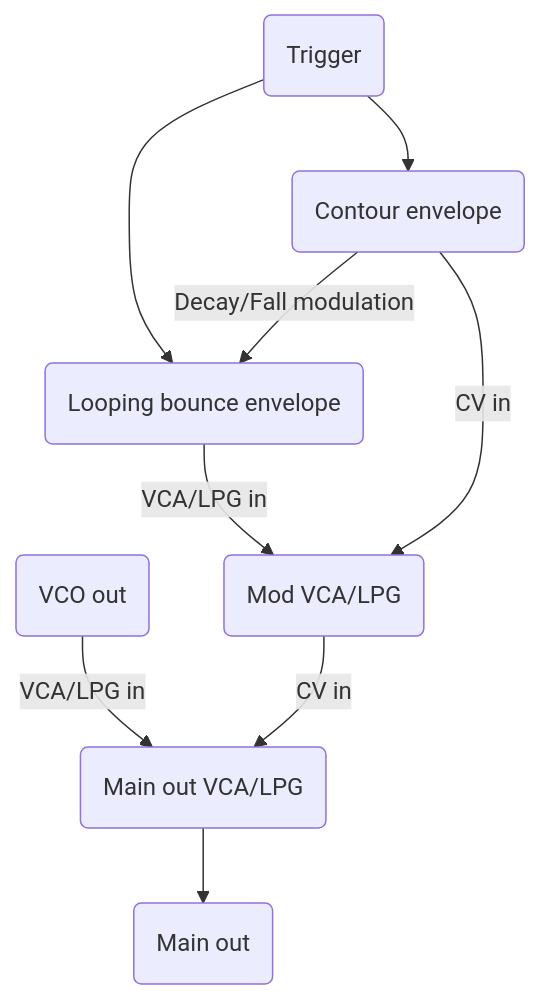
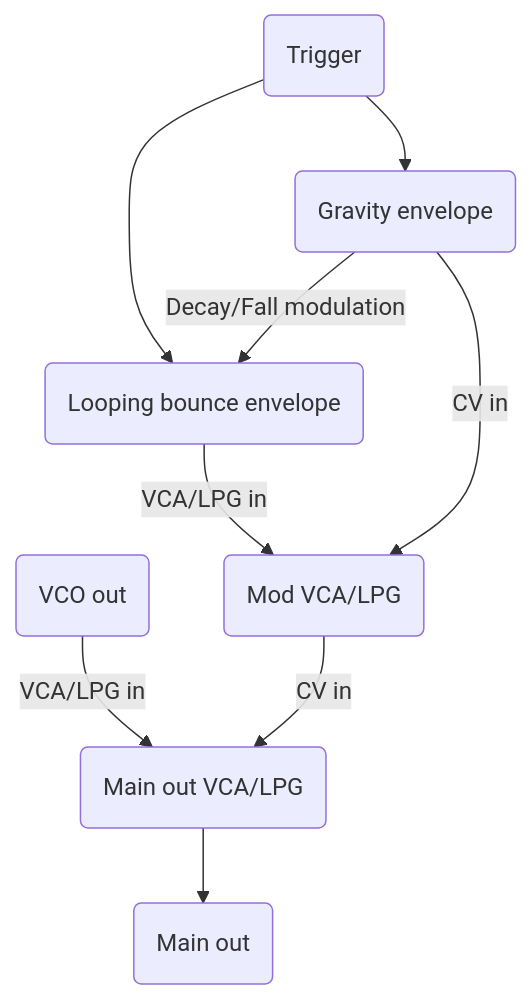
The diagram in _posts/2017-2-13-buscephalus.md (aidanreilly/man_synth), drawn with Mermaid before and after one commit. The commit also changed other lines of this file, not shown here.

```diff
--- a/_posts/2017-2-13-buscephalus.md
+++ b/_posts/2017-2-13-buscephalus.md
@@ -16,11 +16,11 @@
 <div class="mermaid">
  graph TB
 F(Trigger)-->C(Looping bounce envelope)
 G(VCO out)-->|VCA/LPG in|D(Main out VCA)
-F(Trigger)-->A(Contour envelope)
-A(Contour envelope)-->|Decay/Fall modulation|C(Looping bounce envelope)
+F(Trigger)-->A(Gravity envelope)
+A(Gravity envelope)-->|Decay/Fall modulation|C(Looping bounce envelope)
 B(Mod VCA/LPG)-->|CV in|D(Main out VCA/LPG)
-A(Contour envelope) -->|CV in|B(Mod VCA/LPG)
+A(Gravity envelope) -->|CV in|B(Mod VCA/LPG)
 C(Looping bounce envelope)-->|VCA/LPG in|B(Mod VCA/LPG)
 D(Main out VCA/LPG)-->J(Main out)
 </div>
```
